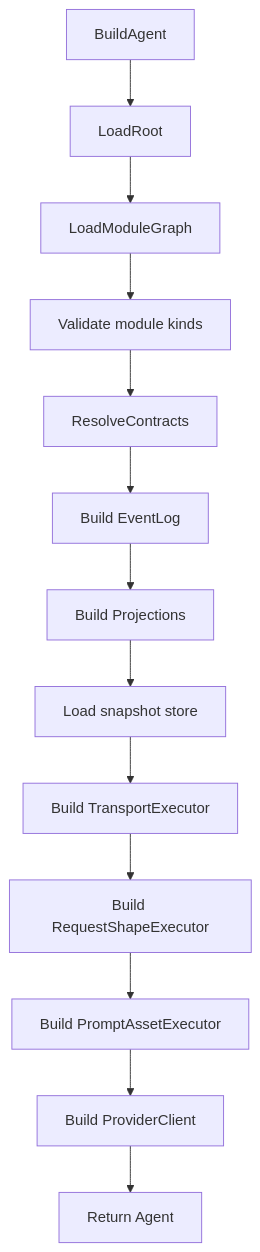
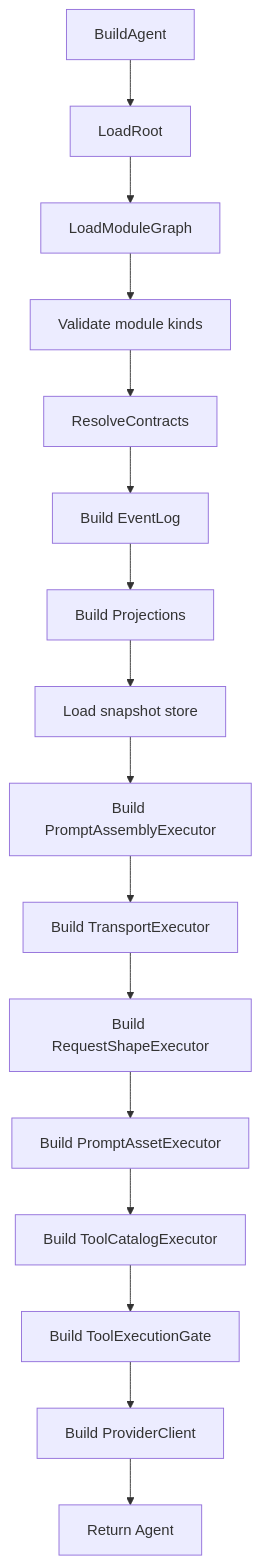
One commit to galiakhmetovc/scaling-lamp changed the fourth of 8 diagrams in docs/clean-room-current-system-detailed.md. Above: the diagram before and after it, drawn with Mermaid. The commit also changed other lines of this file and 38 other files, not shown here.

Commit message:
feat(teamD): add prompt assembly and tool policy domains

````diff
--- a/docs/clean-room-current-system-detailed.md
+++ b/docs/clean-room-current-system-detailed.md
@@ -347,15 +360,18 @@
 ```mermaid
 flowchart TD
     A[BuildAgent] --> B[LoadRoot]
     B --> C[LoadModuleGraph]
     C --> D[Validate module kinds]
     D --> E[ResolveContracts]
     E --> F[Build EventLog]
     F --> G[Build Projections]
     G --> H[Load snapshot store]
-    H --> I[Build TransportExecutor]
-    I --> J[Build RequestShapeExecutor]
-    J --> K[Build PromptAssetExecutor]
-    K --> L[Build ProviderClient]
-    L --> M[Return Agent]
+    H --> I[Build PromptAssemblyExecutor]
+    I --> J[Build TransportExecutor]
+    J --> K[Build RequestShapeExecutor]
+    K --> L[Build PromptAssetExecutor]
+    L --> M[Build ToolCatalogExecutor]
+    M --> N[Build ToolExecutionGate]
+    N --> O[Build ProviderClient]
+    O --> P[Return Agent]
 ```
````
